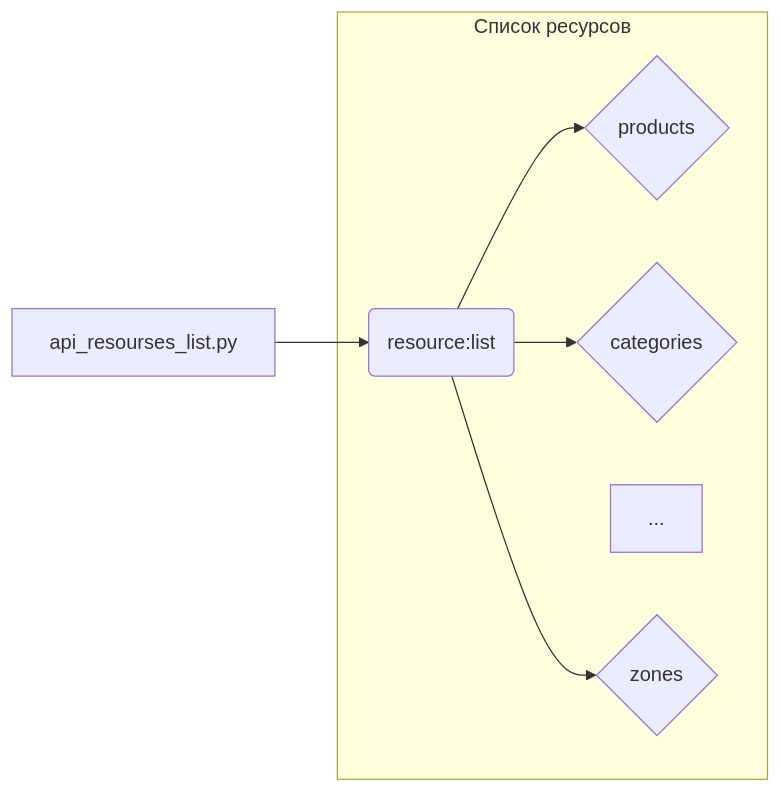
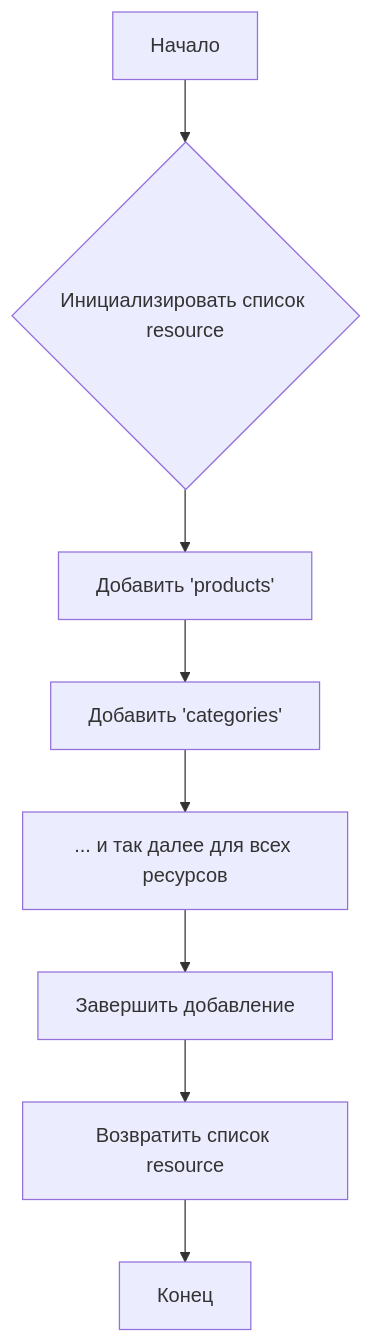
The diagram in docs/gemini/ru/explainer/src/endpoints/prestashop/api_schemas/api_resourses_list.md (hypo69/hypo), drawn with Mermaid before and after one commit. The commit also changed other lines of this file and 468 other files, not shown here.

````diff
--- a/docs/gemini/ru/explainer/src/endpoints/prestashop/api_schemas/api_resourses_list.md
+++ b/docs/gemini/ru/explainer/src/endpoints/prestashop/api_schemas/api_resourses_list.md
@@ -95,10 +103,10 @@
 ```mermaid
-graph LR
-    A[api_resourses_list.py] --> B(resource:list);
-    subgraph "Список ресурсов"
-        B --> C{products};
-        B --> D{categories};
-        ...
-        B --> Z{zones};
-    end
+graph TD
+    A[Начало] --> B{Инициализировать список resource};
+    B --> C[Добавить 'products'];
+    C --> D[Добавить 'categories'];
+    D --> E[... и так далее для всех ресурсов];
+    E --> F[Завершить добавление];
+    F --> G[Возвратить список resource];
+    G --> H[Конец];
 ```
````
